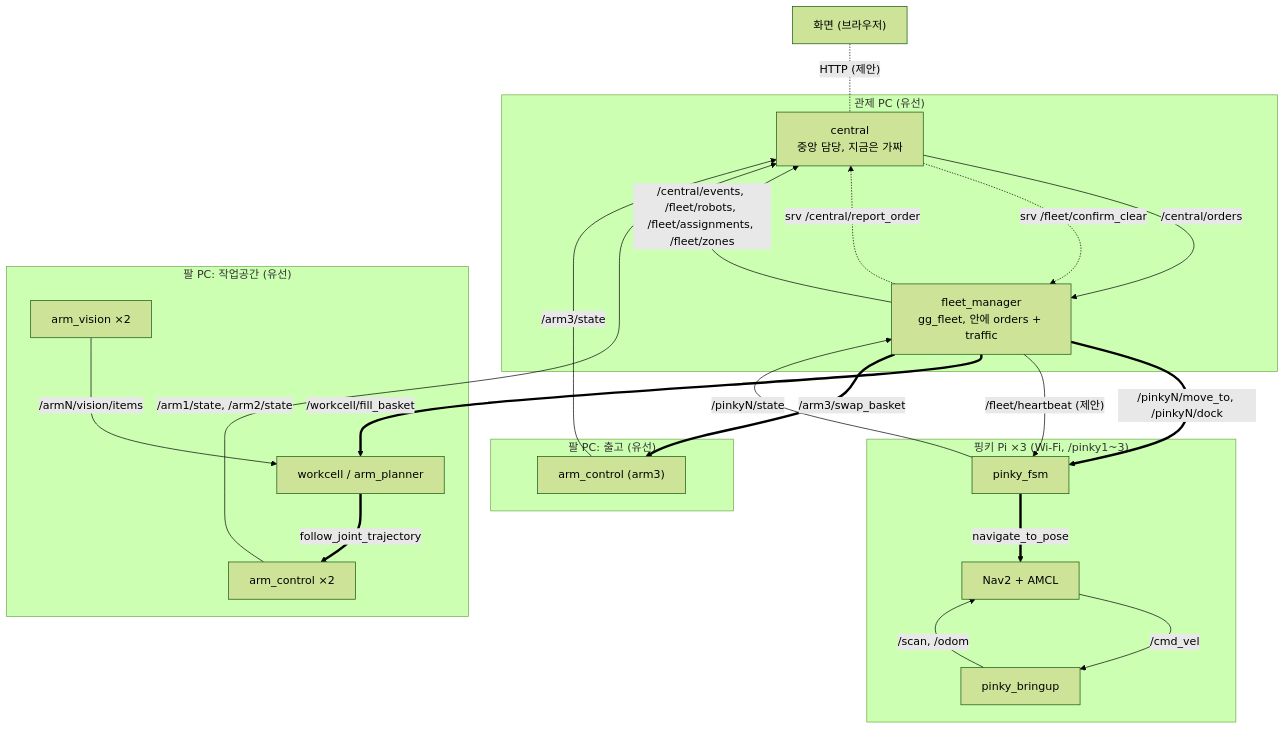
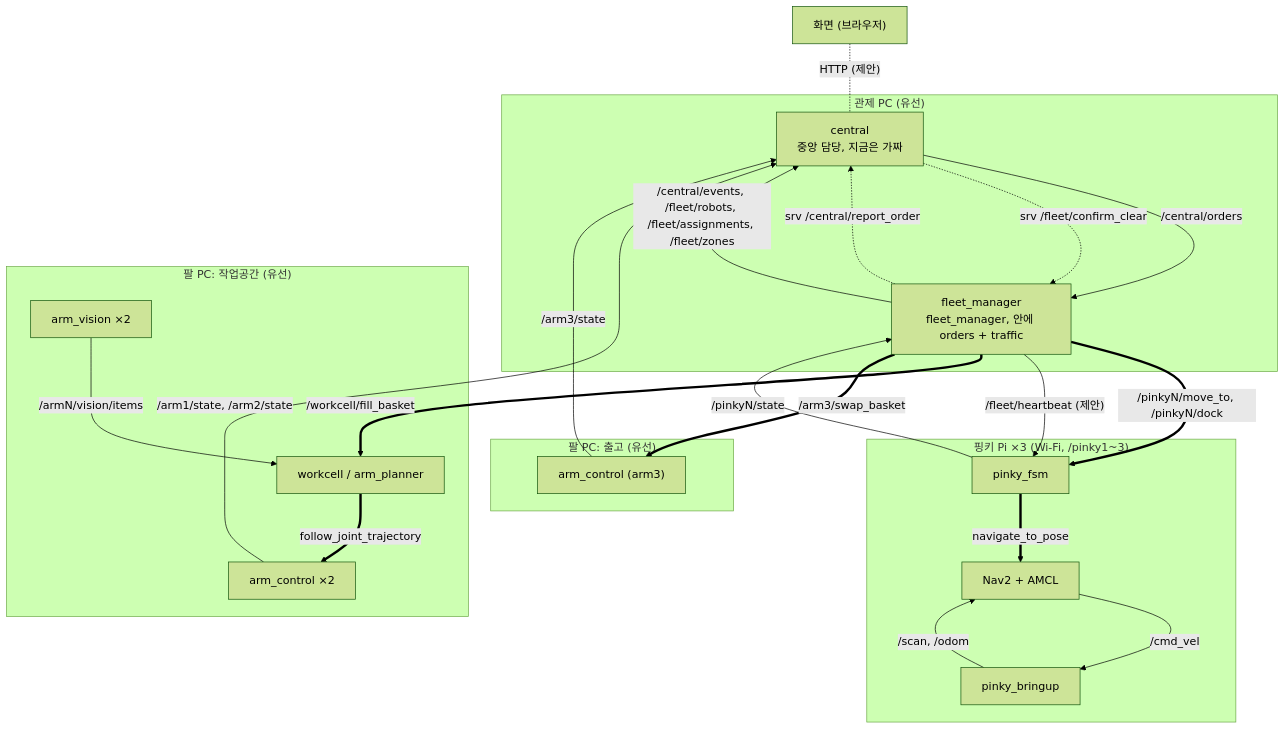
The second of 2 diagrams in README.md (PJW-1/roscamp-freefloor), drawn with Mermaid (forest theme) before and after one commit. The commit also changed other lines of this file and 207 other files, not shown here.

````diff
--- a/README.md
+++ b/README.md
@@ -56,38 +63,38 @@
 ```mermaid
 flowchart TB
   web["화면 (브라우저)"]
   subgraph pcbox["관제 PC (유선)"]
     central["central<br/>중앙 담당, 지금은 가짜"]
-    fm["fleet_manager<br/>gg_fleet, 안에 orders + traffic"]
+    fm["fleet_manager<br/>fleet_manager, 안에 orders + traffic"]
   end
   subgraph pinky["핑키 Pi ×3 (Wi-Fi, /pinky1~3)"]
     fsm["pinky_fsm"]
     nav["Nav2 + AMCL"]
     bring["pinky_bringup"]
   end
   subgraph armw["팔 PC: 작업공간 (유선)"]
     wc["workcell / arm_planner"]
     ac["arm_control ×2"]
     av["arm_vision ×2"]
   end
   subgraph armo["팔 PC: 출고 (유선)"]
     a3["arm_control (arm3)"]
   end
   web -. "HTTP (제안)" .- central
   central -- "/central/orders" --> fm
   fm -. "srv /central/report_order" .-> central
   fm -- "/central/events, /fleet/robots, /fleet/assignments, /fleet/zones" --> central
   central -. "srv /fleet/confirm_clear" .-> fm
   fm == "/pinkyN/move_to, /pinkyN/dock" ==> fsm
   fm -- "/fleet/heartbeat (제안)" --> fsm
   fsm -- "/pinkyN/state" --> fm
   fsm == "navigate_to_pose" ==> nav
   nav -- "/cmd_vel" --> bring
   bring -- "/scan, /odom" --> nav
   fm == "/workcell/fill_basket" ==> wc
   fm == "/arm3/swap_basket" ==> a3
   av -- "/armN/vision/items" --> wc
   wc == "follow_joint_trajectory" ==> ac
   ac -- "/arm1/state, /arm2/state" --> central
   a3 -- "/arm3/state" --> central
 ```
````
